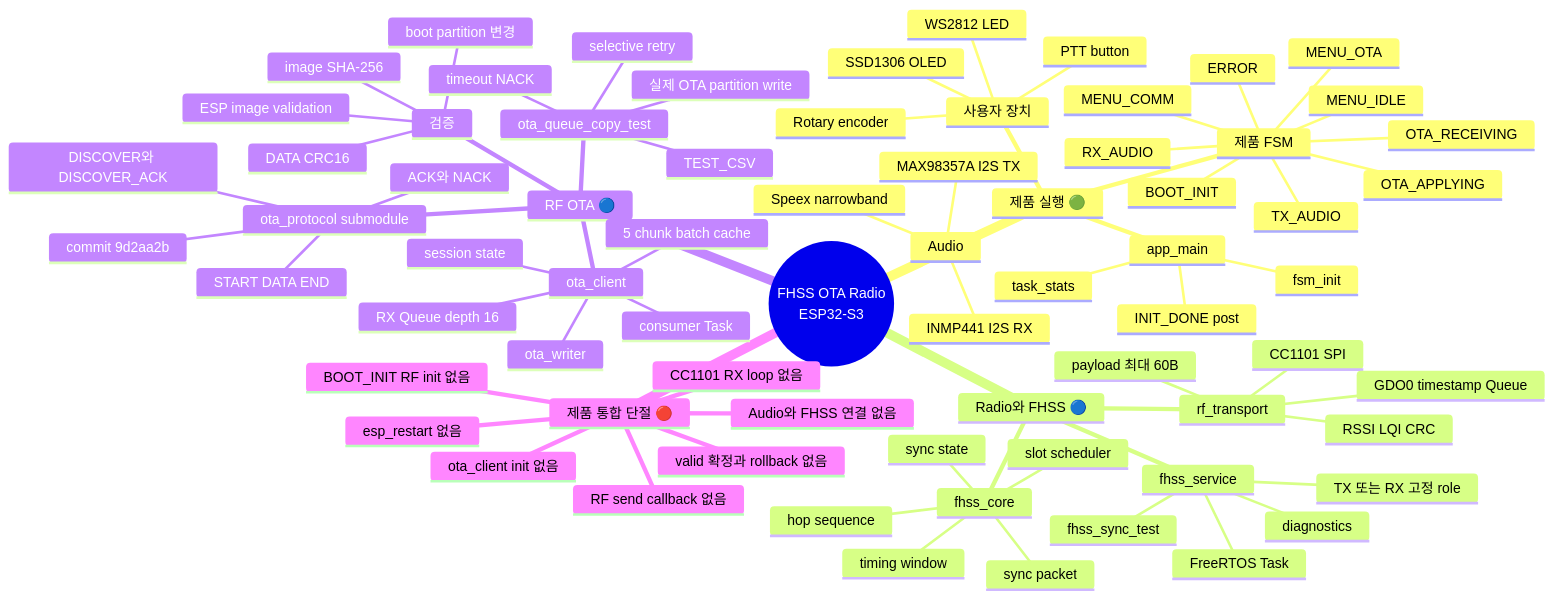
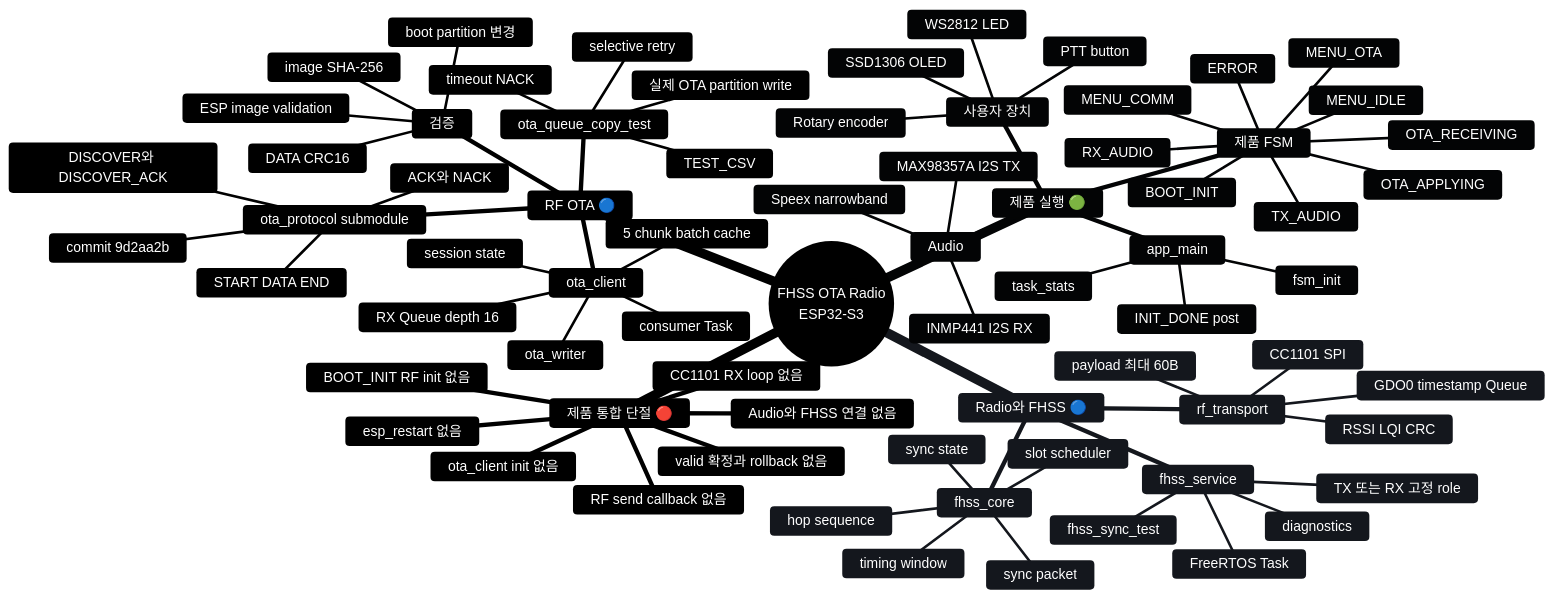
One commit to fhss-ota-radio/firmware-esp32 changed the first of 15 diagrams in fhss-ota-radio/docs/runtime-data-flow-mindmap.md. Above: the diagram before and after it, drawn with Mermaid. The commit also changed 1 other file, not shown here.

Commit message:
docs: Update runtime data flow mindmap and .gitignore

````diff
--- a/fhss-ota-radio/docs/runtime-data-flow-mindmap.md
+++ b/fhss-ota-radio/docs/runtime-data-flow-mindmap.md
@@ -17,75 +17,76 @@
 ```mermaid
+%%{init: {"theme": "base", "themeVariables": {"primaryColor": "#1e3a5f", "primaryTextColor": "#ffffff", "primaryBorderColor": "#93c5fd", "secondaryColor": "#334155", "secondaryTextColor": "#ffffff", "secondaryBorderColor": "#a5b4fc", "tertiaryColor": "#475569", "tertiaryTextColor": "#ffffff", "tertiaryBorderColor": "#cbd5e1", "lineColor": "#cbd5e1", "textColor": "#ffffff"}}}%%
 mindmap
   root((FHSS OTA Radio<br/>ESP32-S3))
     제품 실행 🟢
       app_main
         fsm_init
         task_stats
         INIT_DONE post
       제품 FSM
         BOOT_INIT
         MENU_COMM
         MENU_IDLE
         MENU_OTA
         TX_AUDIO
         RX_AUDIO
         OTA_RECEIVING
         OTA_APPLYING
         ERROR
       사용자 장치
         SSD1306 OLED
         PTT button
         Rotary encoder
         WS2812 LED
       Audio
         INMP441 I2S RX
         Speex narrowband
         MAX98357A I2S TX
     Radio와 FHSS 🔵
       rf_transport
         CC1101 SPI
         payload 최대 60B
         RSSI LQI CRC
         GDO0 timestamp Queue
       fhss_core
         hop sequence
         slot scheduler
         sync packet
         timing window
         sync state
       fhss_service
         TX 또는 RX 고정 role
         FreeRTOS Task
         diagnostics
         fhss_sync_test
     RF OTA 🔵
       ota_protocol submodule
         commit 9d2aa2b
         DISCOVER와 DISCOVER_ACK
         START DATA END
         ACK와 NACK
       ota_client
         RX Queue depth 16
         consumer Task
         session state
         5 chunk batch cache
         ota_writer
       검증
         DATA CRC16
         ESP image validation
         image SHA-256
         boot partition 변경
       ota_queue_copy_test
         실제 OTA partition write
         timeout NACK
         selective retry
         TEST_CSV
     제품 통합 단절 🔴
       BOOT_INIT RF init 없음
       ota_client init 없음
       CC1101 RX loop 없음
       RF send callback 없음
       Audio와 FHSS 연결 없음
       esp_restart 없음
       valid 확정과 rollback 없음
 ```
````
